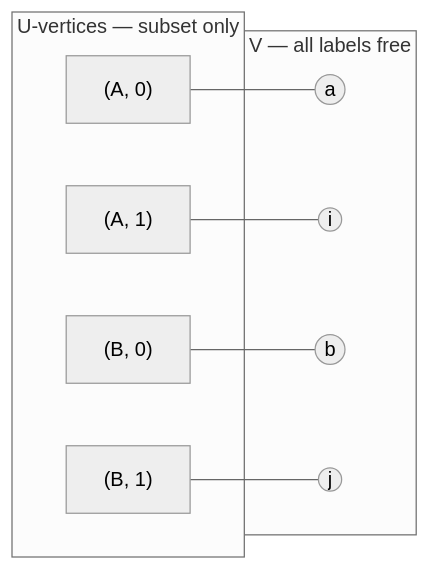
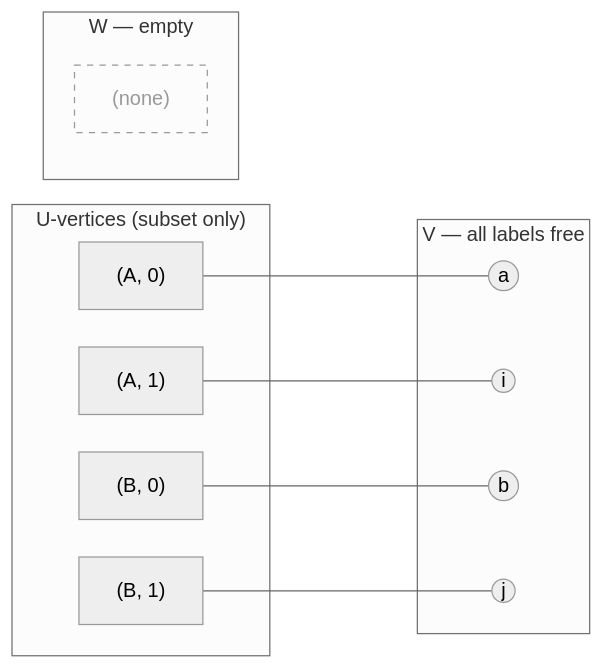
One commit to AIcrowd/whest changed the second of 3 diagrams in docs/explanation/subgraph-symmetry.md. Above: the diagram before and after it, drawn with Mermaid.

Commit message:
docs: widen subset diagram spacing and show empty W partition

````diff
--- a/docs/explanation/subgraph-symmetry.md
+++ b/docs/explanation/subgraph-symmetry.md
@@ -112,16 +112,22 @@
 ```mermaid
-%%{init: {'theme': 'neutral'}}%%
+%%{init: {'theme': 'neutral', 'flowchart': {'nodeSpacing': 30, 'subGraphTitleMargin': {'bottom': 5}}}}%%
 flowchart LR
-    A0["(A, 0)"] --- a((a))
-    A1["(A, 1)"] --- i((i))
-    B0["(B, 0)"] --- b((b))
-    B1["(B, 1)"] --- j((j))
+    A0["(A, 0)"] ----- a((a))
+    A1["(A, 1)"] ----- i((i))
+    B0["(B, 0)"] ----- b((b))
+    B1["(B, 1)"] ----- j((j))
 
-    subgraph U [U-vertices — subset only]
+    subgraph U ["U-vertices (subset only)"]
         A0; A1; B0; B1
     end
 
-    subgraph V [V — all labels free]
+    subgraph V ["V — all labels free"]
         a; i; b; j
     end
+
+    subgraph W ["W — empty"]
+        w_none["(none)"]
+    end
+
+    style w_none fill:none,stroke-dasharray: 5 5,stroke:#999,color:#999
 ```
````
